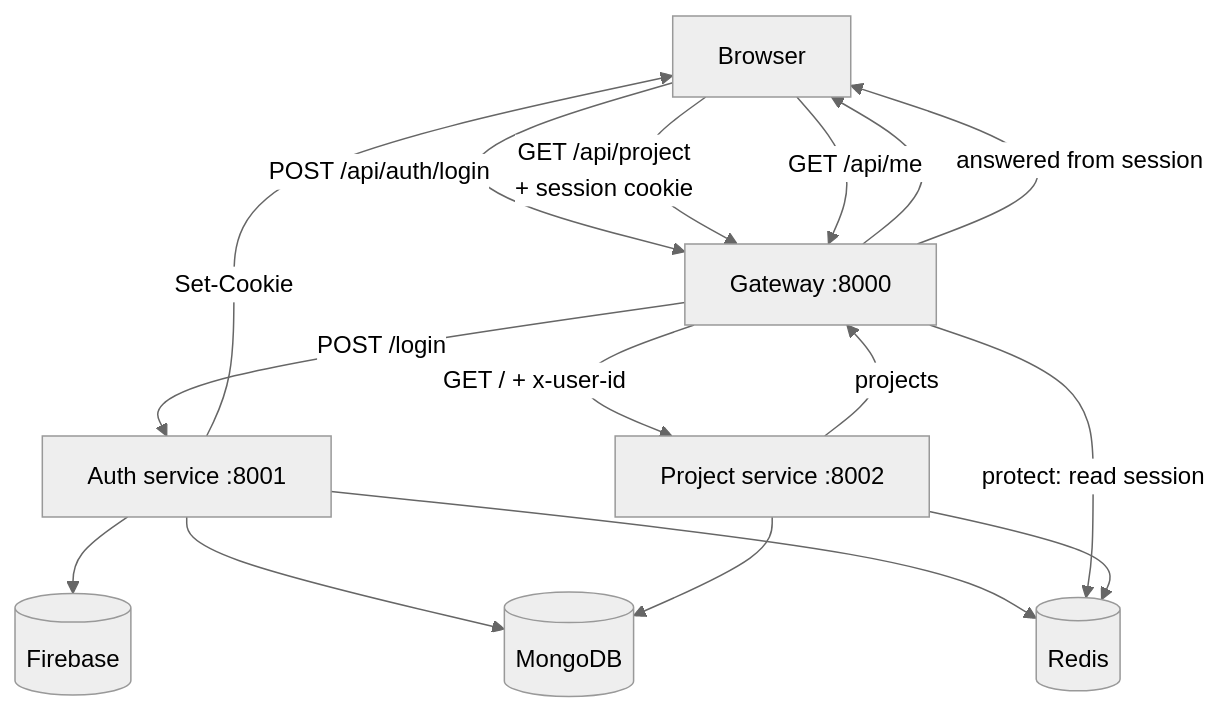
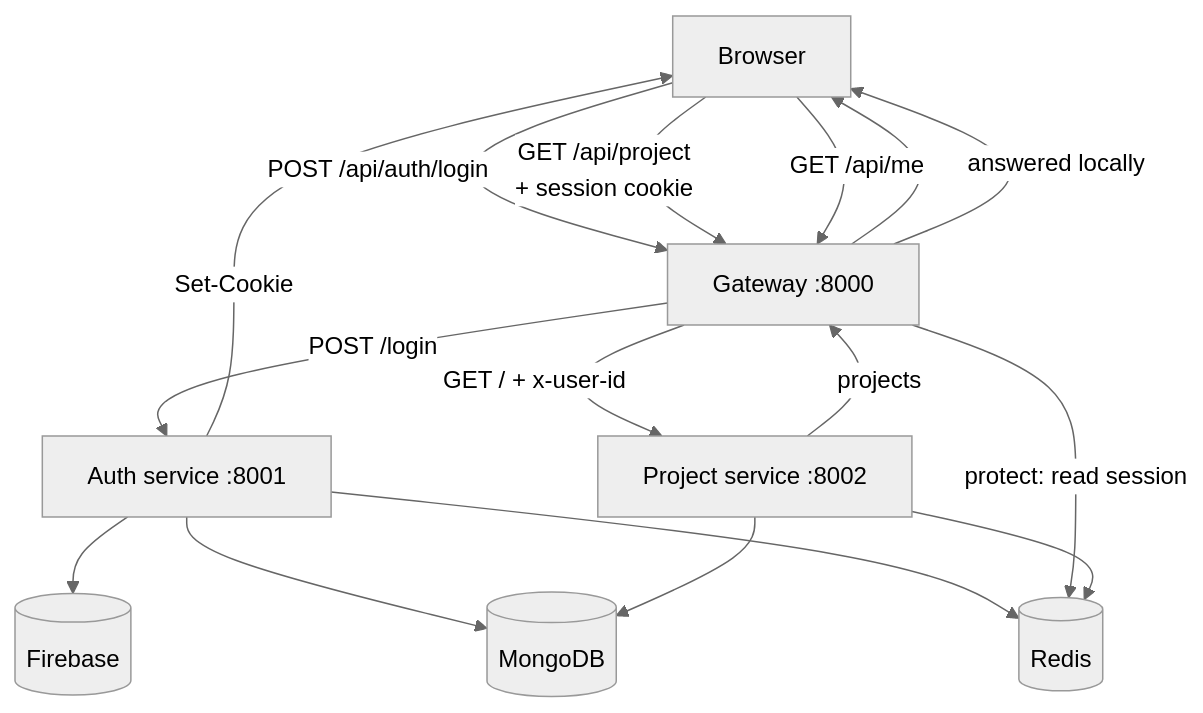
Before and after one commit to yamanhassan1/NexPulse: the diagram in docs/backend/README.md, drawn with Mermaid (neutral theme). The commit also changed other lines of this file and 57 other files, not shown here.

````diff
--- a/docs/backend/README.md
+++ b/docs/backend/README.md
@@ -115,21 +108,21 @@
 ```mermaid
 flowchart TD
     B["Browser"]
     B -->|"POST /api/auth/login"| G["Gateway :8000"]
     G -->|"POST /login"| A["Auth service :8001"]
     A --> F[("Firebase")]
     A --> M[("MongoDB")]
     A --> R[("Redis")]
     A -->|"Set-Cookie"| B
 
     B -->|"GET /api/project<br>+ session cookie"| G
     G -->|"protect: read session"| R
     G -->|"GET / + x-user-id"| P["Project service :8002"]
     P --> M
     P --> R
     P -->|"projects"| G
     G --> B
 
     B -->|"GET /api/me"| G
-    G -->|"answered from session"| B
+    G -->|"answered locally"| B
 ```
````
